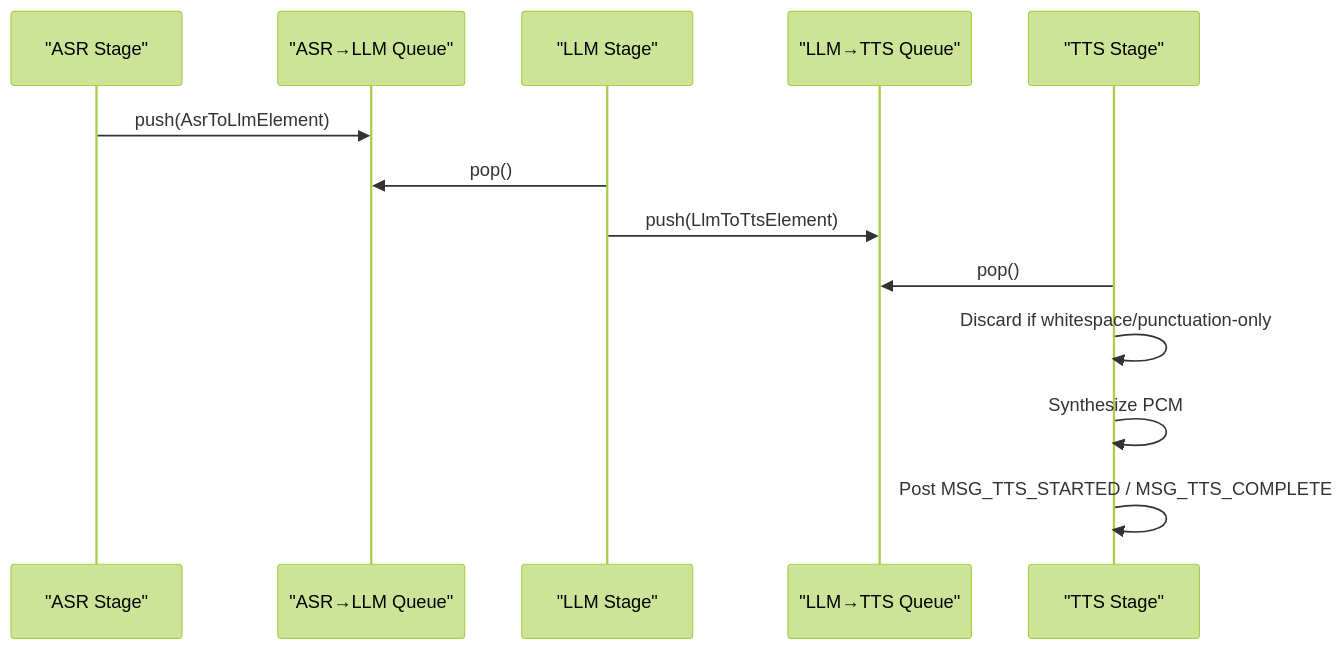
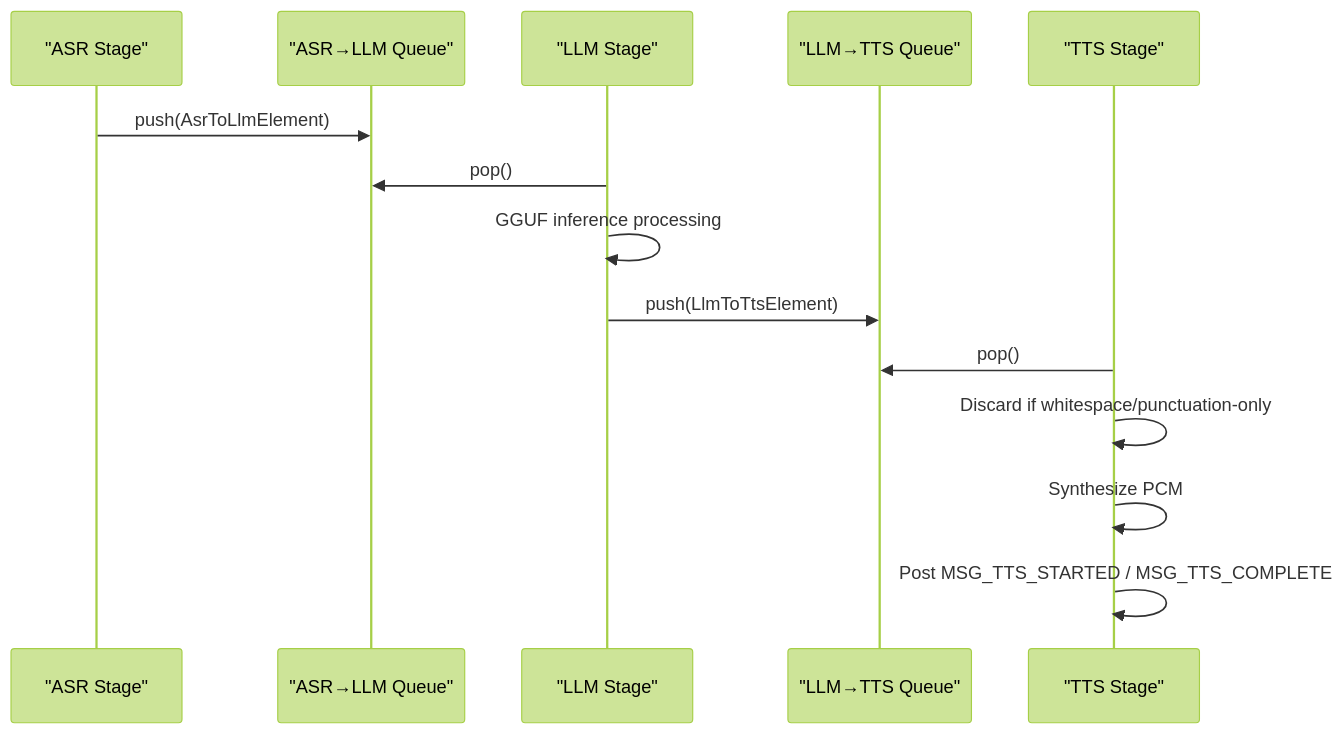
One commit to iMyth/QwenEcho changed the sixth of 10 diagrams in .qoder/repowiki/en/content/AI Model Processing Stages/LLM Stage - Language Translation.md. Above: the diagram before and after it, drawn with Mermaid (forest theme). The commit also changed other lines of this file and 129 other files, not shown here.

````diff
--- a/.qoder/repowiki/en/content/AI Model Processing Stages/LLM Stage - Language Translation.md
+++ b/.qoder/repowiki/en/content/AI Model Processing Stages/LLM Stage - Language Translation.md
@@ -241,15 +256,16 @@
 ```mermaid
 sequenceDiagram
 participant ASR as "ASR Stage"
 participant Q1 as "ASR→LLM Queue"
 participant LLM as "LLM Stage"
 participant Q2 as "LLM→TTS Queue"
 participant TTS as "TTS Stage"
 ASR->>Q1 : push(AsrToLlmElement)
 LLM->>Q1 : pop()
+LLM->>LLM : GGUF inference processing
 LLM->>Q2 : push(LlmToTtsElement)
 TTS->>Q2 : pop()
 TTS->>TTS : Discard if whitespace/punctuation-only
 TTS->>TTS : Synthesize PCM
 TTS->>TTS : Post MSG_TTS_STARTED / MSG_TTS_COMPLETE
 ```
````
